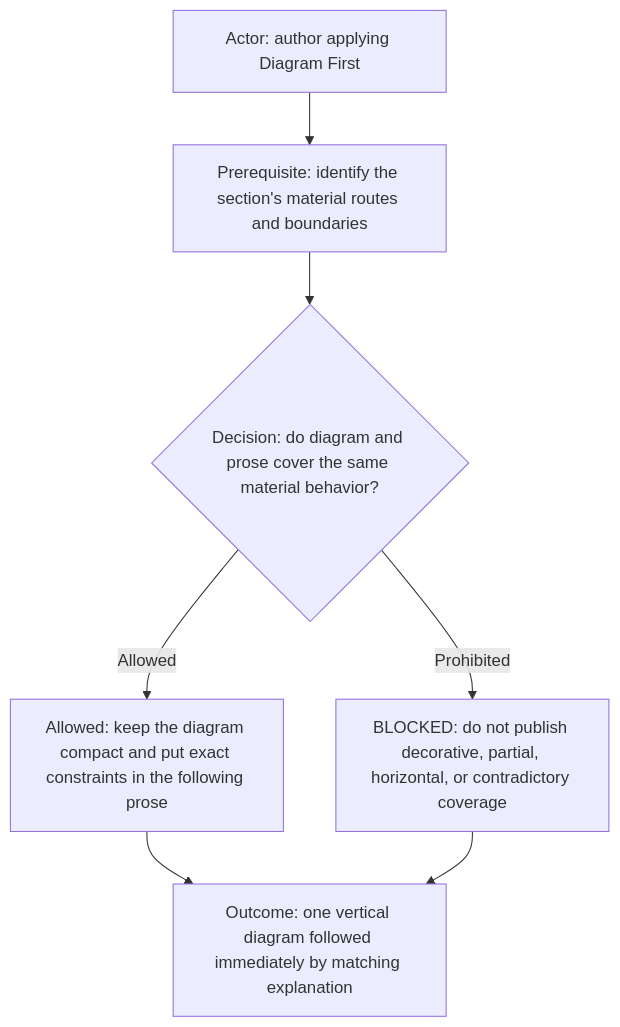
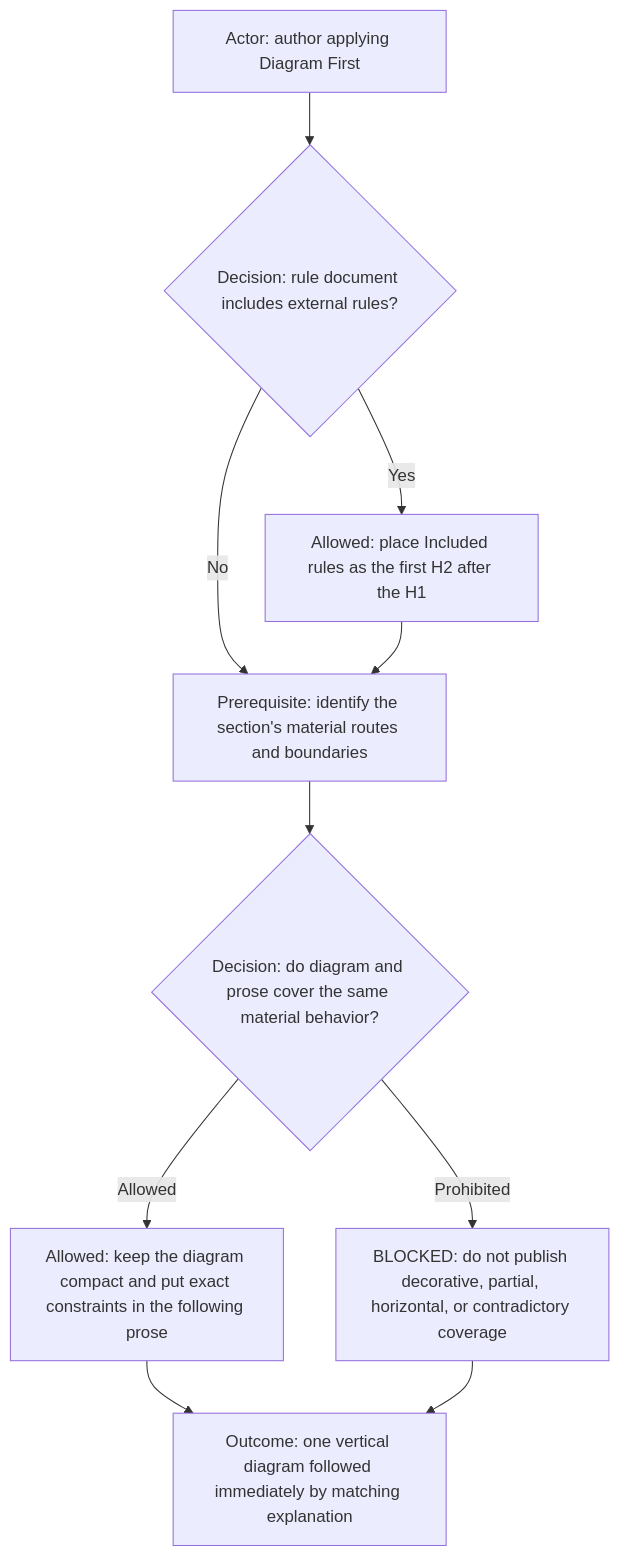
The second of 3 diagrams in doc/principles/diagram-first-principle.md (starodubtsevconsulting/ai-commands), drawn with Mermaid before and after one commit. The commit also changed other lines of this file, not shown here.

Commit message:
docs: clarify included rule structure

````diff
--- a/doc/principles/diagram-first-principle.md
+++ b/doc/principles/diagram-first-principle.md
@@ -21,9 +21,12 @@
 ```mermaid
 flowchart TD
-  Actor["Actor: author applying Diagram First"] --> Prerequisite["Prerequisite: identify the section's material routes and boundaries"]
+  Actor["Actor: author applying Diagram First"] --> RuleDoc{"Decision: rule document includes external rules?"}
+  RuleDoc -->|Yes| Included["Allowed: place Included rules as the first H2 after the H1"]
+  RuleDoc -->|No| Prerequisite["Prerequisite: identify the section's material routes and boundaries"]
+  Included --> Prerequisite
   Prerequisite --> Decision{"Decision: do diagram and prose cover the same material behavior?"}
   Decision -->|Allowed| Write["Allowed: keep the diagram compact and put exact constraints in the following prose"]
   Decision -->|Prohibited| Blocked["BLOCKED: do not publish decorative, partial, horizontal, or contradictory coverage"]
   Write --> Outcome["Outcome: one vertical diagram followed immediately by matching explanation"]
   Blocked --> Outcome
 ```
````
